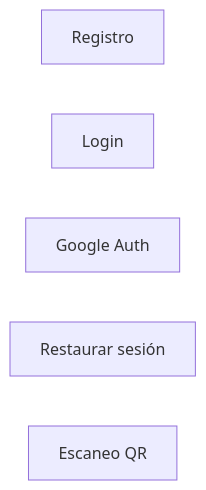
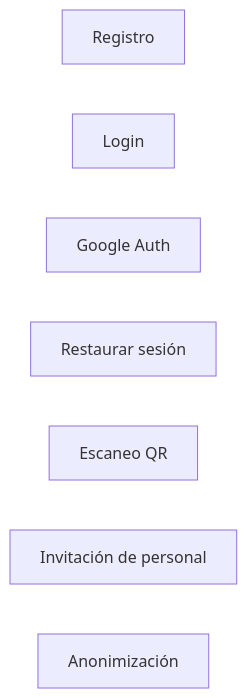
The diagram in docs/sequences/00-index.md (gagonzalez1/puntazo-docs), drawn with Mermaid before and after one commit. The commit also changed 18 other files, not shown here.

````diff
--- a/docs/sequences/00-index.md
+++ b/docs/sequences/00-index.md
@@ -15,14 +15,18 @@
 ```mermaid
 flowchart LR
     REGISTER["Registro"]
     LOGIN["Login"]
     GOOGLE["Google Auth"]
     RESTORE["Restaurar sesión"]
     SCAN["Escaneo QR"]
+    INVITE["Invitación de personal"]
+    ANON["Anonimización"]
 
     click REGISTER href "#/sequence-register" "Abrir registro"
     click LOGIN href "#/sequence-login" "Abrir login"
     click GOOGLE href "#/sequence-google" "Abrir Google"
     click RESTORE href "#/sequence-restore" "Abrir restauración"
     click SCAN href "#/sequence-scan" "Abrir escaneo"
+    click INVITE href "#/sequence-invitation" "Abrir invitación"
+    click ANON href "#/sequence-account-anonymization" "Abrir anonimización"
 ```
````
